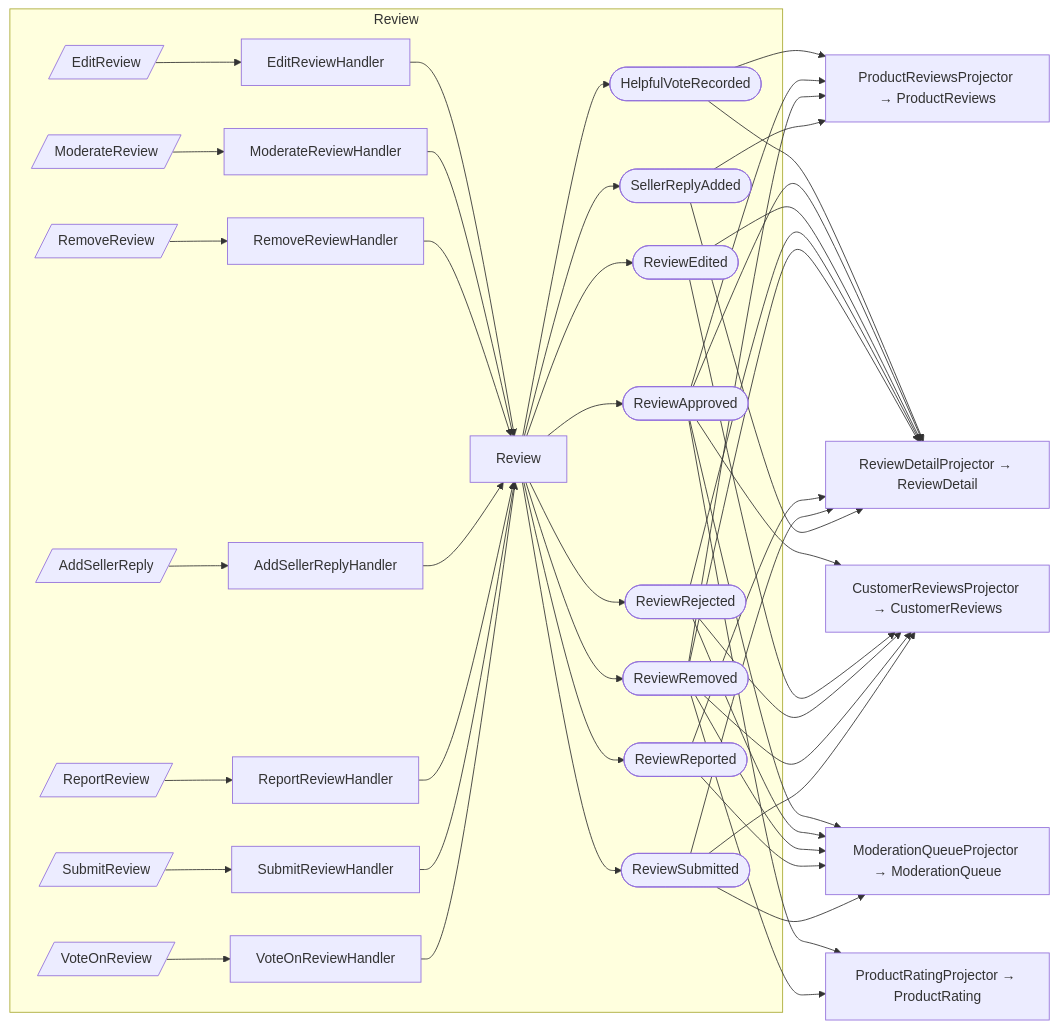
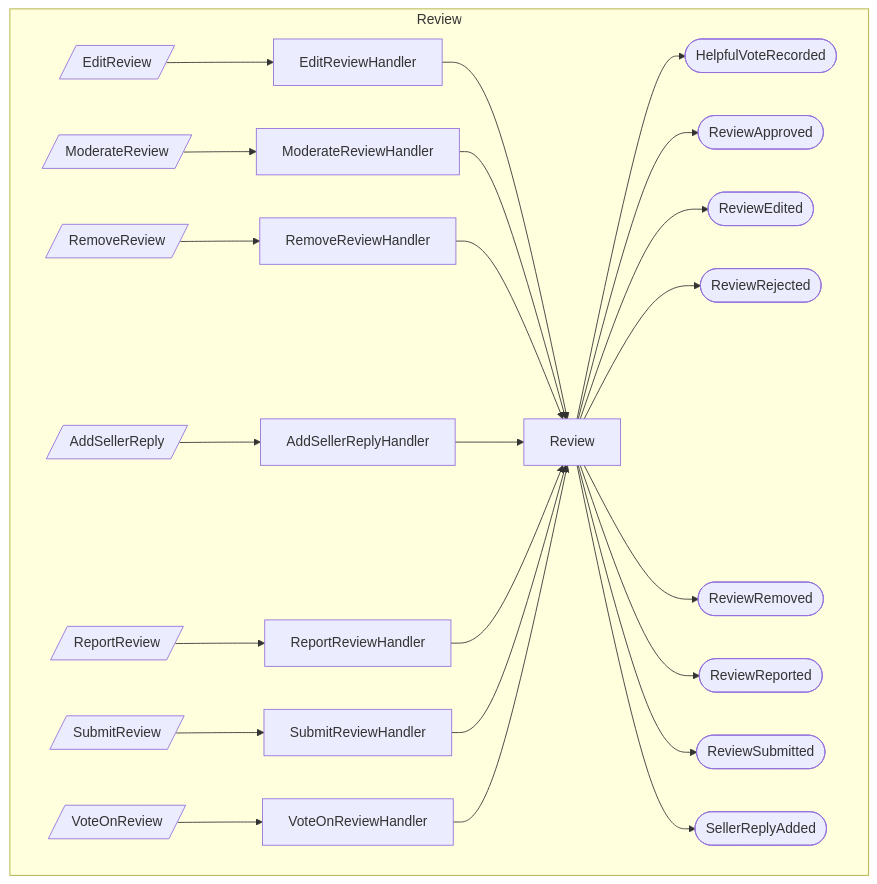
One commit to proteanhq/shopstream changed the first of 2 diagrams in docs/reviews/event-flows.md. Above: the diagram before and after it, drawn with Mermaid. The commit also changed 24 other files, not shown here.

First line of the commit message:
Regenerate docs with improved Mermaid diagrams from upstream Protean fixes

````diff
--- a/docs/reviews/event-flows.md
+++ b/docs/reviews/event-flows.md
@@ -3,79 +3,50 @@
 ```mermaid
-flowchart LR
+flowchart TD
     subgraph reviews_review_review_Review[Review]
         agg_reviews_review_review_Review[Review]
         cmd_reviews_review_editing_EditReview[/EditReview/]
         cmd_reviews_review_moderation_ModerateReview[/ModerateReview/]
         cmd_reviews_review_removal_RemoveReview[/RemoveReview/]
         cmd_reviews_review_reply_AddSellerReply[/AddSellerReply/]
         cmd_reviews_review_reporting_ReportReview[/ReportReview/]
         cmd_reviews_review_submission_SubmitReview[/SubmitReview/]
         cmd_reviews_review_voting_VoteOnReview[/VoteOnReview/]
         evt_reviews_review_events_HelpfulVoteRecorded([HelpfulVoteRecorded])
         evt_reviews_review_events_ReviewApproved([ReviewApproved])
         evt_reviews_review_events_ReviewEdited([ReviewEdited])
         evt_reviews_review_events_ReviewRejected([ReviewRejected])
         evt_reviews_review_events_ReviewRemoved([ReviewRemoved])
         evt_reviews_review_events_ReviewReported([ReviewReported])
         evt_reviews_review_events_ReviewSubmitted([ReviewSubmitted])
         evt_reviews_review_events_SellerReplyAdded([SellerReplyAdded])
         hdlr_reviews_review_editing_EditReviewHandler[EditReviewHandler]
         hdlr_reviews_review_moderation_ModerateReviewHandler[ModerateReviewHandler]
         hdlr_reviews_review_removal_RemoveReviewHandler[RemoveReviewHandler]
         hdlr_reviews_review_reply_AddSellerReplyHandler[AddSellerReplyHandler]
         hdlr_reviews_review_reporting_ReportReviewHandler[ReportReviewHandler]
         hdlr_reviews_review_submission_SubmitReviewHandler[SubmitReviewHandler]
         hdlr_reviews_review_voting_VoteOnReviewHandler[VoteOnReviewHandler]
     end
     cmd_reviews_review_editing_EditReview --> hdlr_reviews_review_editing_EditReviewHandler
     hdlr_reviews_review_editing_EditReviewHandler --> agg_reviews_review_review_Review
     cmd_reviews_review_moderation_ModerateReview --> hdlr_reviews_review_moderation_ModerateReviewHandler
     hdlr_reviews_review_moderation_ModerateReviewHandler --> agg_reviews_review_review_Review
     cmd_reviews_review_removal_RemoveReview --> hdlr_reviews_review_removal_RemoveReviewHandler
     hdlr_reviews_review_removal_RemoveReviewHandler --> agg_reviews_review_review_Review
     cmd_reviews_review_reply_AddSellerReply --> hdlr_reviews_review_reply_AddSellerReplyHandler
     hdlr_reviews_review_reply_AddSellerReplyHandler --> agg_reviews_review_review_Review
     cmd_reviews_review_reporting_ReportReview --> hdlr_reviews_review_reporting_ReportReviewHandler
     hdlr_reviews_review_reporting_ReportReviewHandler --> agg_reviews_review_review_Review
     cmd_reviews_review_submission_SubmitReview --> hdlr_reviews_review_submission_SubmitReviewHandler
     hdlr_reviews_review_submission_SubmitReviewHandler --> agg_reviews_review_review_Review
     cmd_reviews_review_voting_VoteOnReview --> hdlr_reviews_review_voting_VoteOnReviewHandler
     hdlr_reviews_review_voting_VoteOnReviewHandler --> agg_reviews_review_review_Review
     agg_reviews_review_review_Review --> evt_reviews_review_events_HelpfulVoteRecorded
     agg_reviews_review_review_Review --> evt_reviews_review_events_ReviewApproved
     agg_reviews_review_review_Review --> evt_reviews_review_events_ReviewEdited
     agg_reviews_review_review_Review --> evt_reviews_review_events_ReviewRejected
     agg_reviews_review_review_Review --> evt_reviews_review_events_ReviewRemoved
     agg_reviews_review_review_Review --> evt_reviews_review_events_ReviewReported
     agg_reviews_review_review_Review --> evt_reviews_review_events_ReviewSubmitted
     agg_reviews_review_review_Review --> evt_reviews_review_events_SellerReplyAdded
-    proj_reviews_projections_customer_reviews_CustomerReviewsProjector[CustomerReviewsProjector → CustomerReviews]
-    evt_reviews_review_events_ReviewApproved --> proj_reviews_projections_customer_reviews_CustomerReviewsProjector
-    evt_reviews_review_events_ReviewEdited --> proj_reviews_projections_customer_reviews_CustomerReviewsProjector
-    evt_reviews_review_events_ReviewRejected --> proj_reviews_projections_customer_reviews_CustomerReviewsProjector
-    evt_reviews_review_events_ReviewRemoved --> proj_reviews_projections_customer_reviews_CustomerReviewsProjector
-    evt_reviews_review_events_ReviewSubmitted --> proj_reviews_projections_customer_reviews_CustomerReviewsProjector
-    proj_reviews_projections_moderation_queue_ModerationQueueProjector[ModerationQueueProjector → ModerationQueue]
-    evt_reviews_review_events_ReviewApproved --> proj_reviews_projections_moderation_queue_ModerationQueueProjector
-    evt_reviews_review_events_ReviewRejected --> proj_reviews_projections_moderation_queue_ModerationQueueProjector
-    evt_reviews_review_events_ReviewRemoved --> proj_reviews_projections_moderation_queue_ModerationQueueProjector
-    evt_reviews_review_events_ReviewReported --> proj_reviews_projections_moderation_queue_ModerationQueueProjector
-    evt_reviews_review_events_ReviewSubmitted --> proj_reviews_projections_moderation_queue_ModerationQueueProjector
-    proj_reviews_projections_product_rating_ProductRatingProjector[ProductRatingProjector → ProductRating]
-    evt_reviews_review_events_ReviewApproved --> proj_reviews_projections_product_rating_ProductRatingProjector
-    evt_reviews_review_events_ReviewRemoved --> proj_reviews_projections_product_rating_ProductRatingProjector
-    proj_reviews_projections_product_reviews_ProductReviewsProjector[ProductReviewsProjector → ProductReviews]
-    evt_reviews_review_events_HelpfulVoteRecorded --> proj_reviews_projections_product_reviews_ProductReviewsProjector
-    evt_reviews_review_events_ReviewApproved --> proj_reviews_projections_product_reviews_ProductReviewsProjector
-    evt_reviews_review_events_ReviewRemoved --> proj_reviews_projections_product_reviews_ProductReviewsProjector
-    evt_reviews_review_events_SellerReplyAdded --> proj_reviews_projections_product_reviews_ProductReviewsProjector
-    proj_reviews_projections_review_detail_ReviewDetailProjector[ReviewDetailProjector → ReviewDetail]
-    evt_reviews_review_events_HelpfulVoteRecorded --> proj_reviews_projections_review_detail_ReviewDetailProjector
-    evt_reviews_review_events_ReviewApproved --> proj_reviews_projections_review_detail_ReviewDetailProjector
-    evt_reviews_review_events_ReviewEdited --> proj_reviews_projections_review_detail_ReviewDetailProjector
-    evt_reviews_review_events_ReviewRejected --> proj_reviews_projections_review_detail_ReviewDetailProjector
-    evt_reviews_review_events_ReviewRemoved --> proj_reviews_projections_review_detail_ReviewDetailProjector
-    evt_reviews_review_events_ReviewReported --> proj_reviews_projections_review_detail_ReviewDetailProjector
-    evt_reviews_review_events_ReviewSubmitted --> proj_reviews_projections_review_detail_ReviewDetailProjector
-    evt_reviews_review_events_SellerReplyAdded --> proj_reviews_projections_review_detail_ReviewDetailProjector
 ```
````
